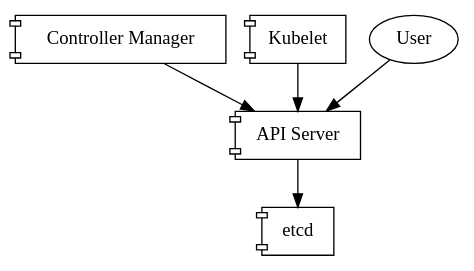
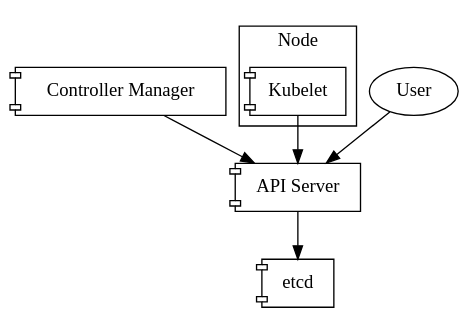
The third of 7 diagrams in src/kubernetes/components.md (ereslibre/applications-in-a-cloud-native-world), drawn with Graphviz before and after one commit. The commit also changed other lines of this file and 21 other files, not shown here.

````diff
--- a/src/kubernetes/components.md
+++ b/src/kubernetes/components.md
@@ -109,12 +109,15 @@
 ```dot process
 digraph D {
   APIServer[shape=component,label="API Server"];
   KVStore[shape=component,label="etcd"];
   ControllerManager[shape=component,label="Controller Manager"];
-  Kubelet[shape=component,label="Kubelet"];
+  subgraph cluster_node {
+    label="Node";
+    Kubelet[shape=component];
+  }
   User -> APIServer;
   APIServer -> KVStore;
   ControllerManager -> APIServer;
   Kubelet -> APIServer;
 }
 ```
````
